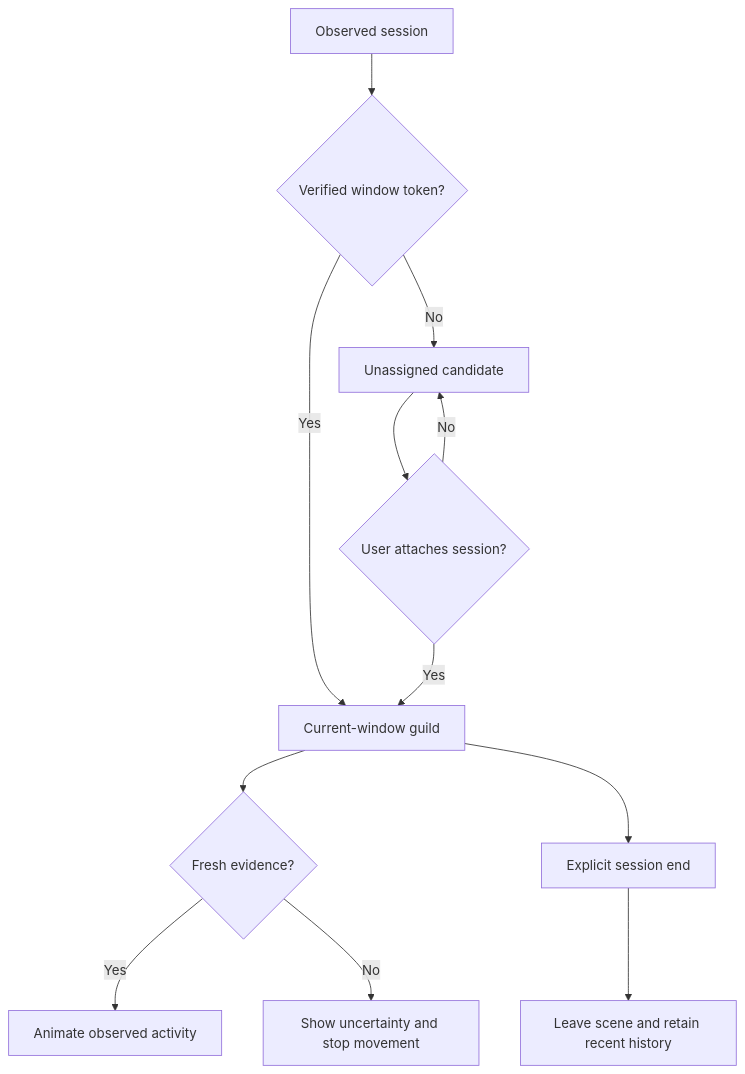
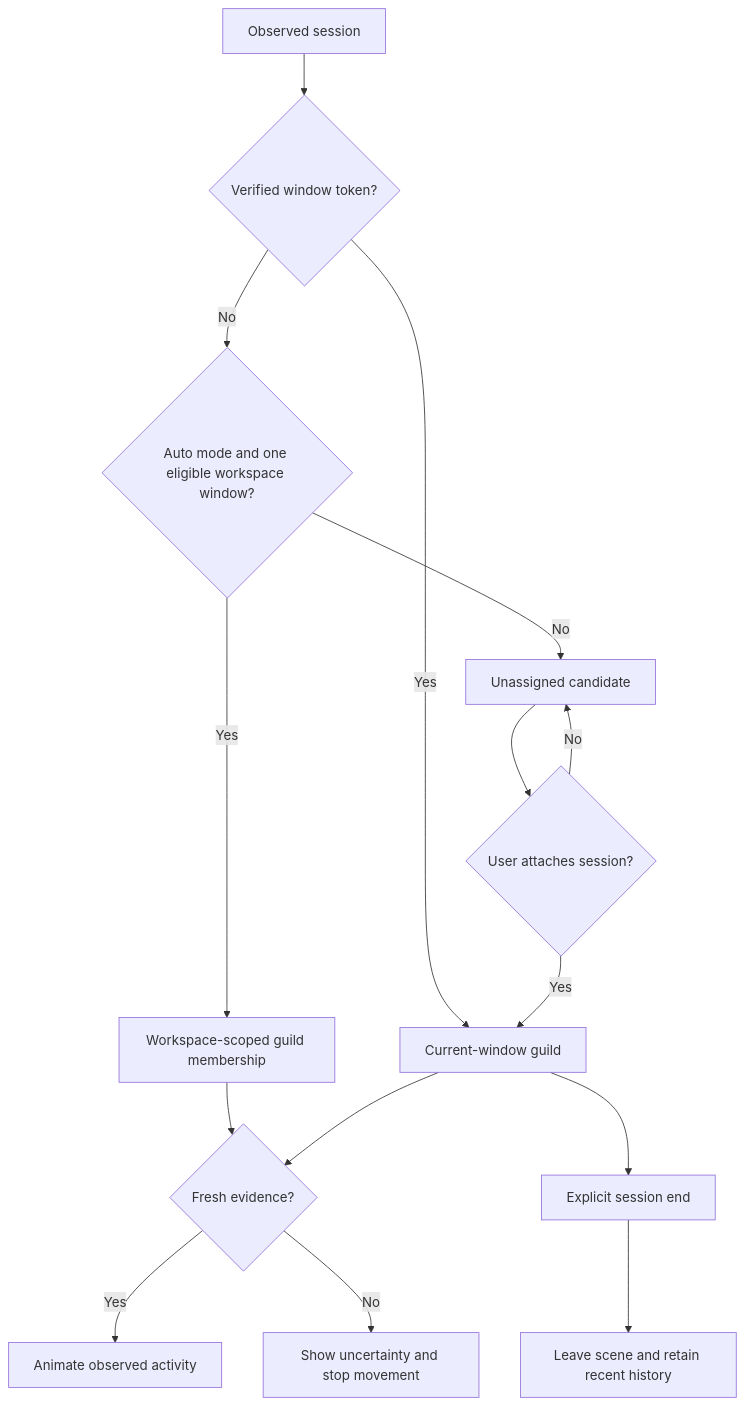
One commit to kevanwee/pmd-agents changed the second of 2 diagrams in README.md. Above: the diagram before and after it, drawn with Mermaid. The commit also changed other lines of this file and 29 other files, not shown here.

Commit message:
Add animated Friend Areas, broader navigation and workspace auto-connect

````diff
--- a/README.md
+++ b/README.md
@@ -133,14 +153,17 @@
 ```mermaid
 flowchart TD
     E[Observed session] --> B{Verified window token?}
     B -- Yes --> G[Current-window guild]
-    B -- No --> U[Unassigned candidate]
+    B -- No --> C{Auto mode and one eligible workspace window?}
+    C -- Yes --> W[Workspace-scoped guild membership]
+    C -- No --> U[Unassigned candidate]
     U --> A{User attaches session?}
     A -- Yes --> G
     A -- No --> U
+    W --> P
     G --> P{Fresh evidence?}
     P -- Yes --> M[Animate observed activity]
     P -- No --> Q[Show uncertainty and stop movement]
     G --> X[Explicit session end]
     X --> F[Leave scene and retain recent history]
 ```
````
